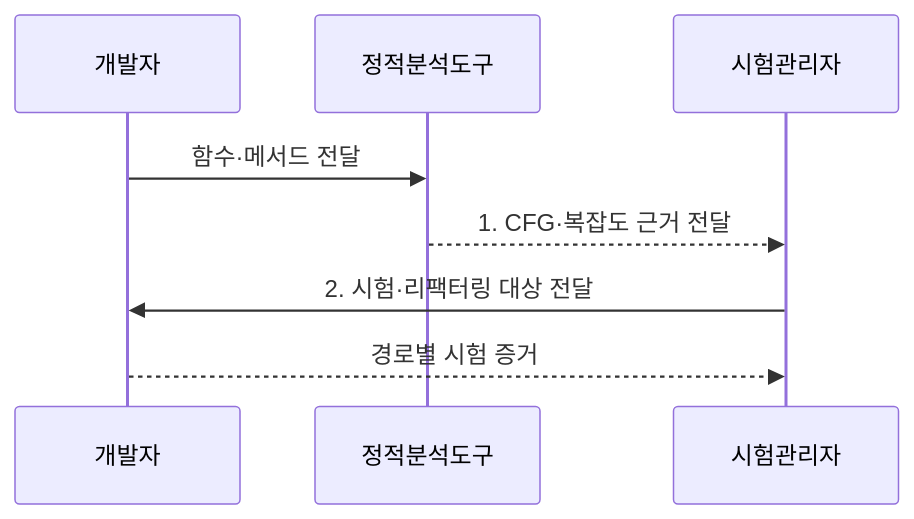
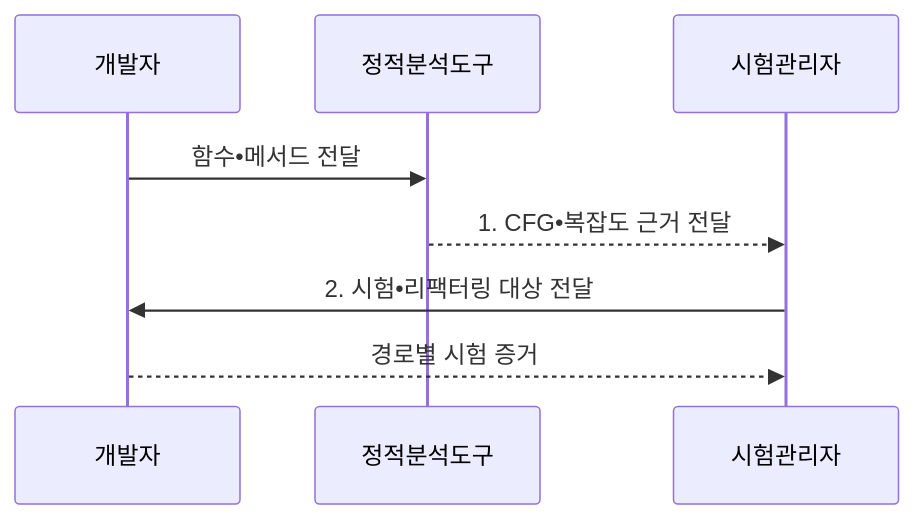
One commit to agnusdei1207/knowledge-base changed the second of 2 diagrams in src/content/docs/notes/06-evaluation/035_cyclomatic_complexity.md. Above: the diagram before and after it, drawn with Mermaid. The commit also changed other lines of this file and 953 other files, not shown here.

````diff
--- a/src/content/docs/notes/06-evaluation/035_cyclomatic_complexity.md
+++ b/src/content/docs/notes/06-evaluation/035_cyclomatic_complexity.md
@@ -104,10 +104,10 @@
 ```mermaid
 sequenceDiagram
     participant D as 개발자
     participant A as 정적분석도구
     participant T as 시험관리자
-    D->>A: 함수·메서드 전달
-    A-->>T: 1. CFG·복잡도 근거 전달
-    T->>D: 2. 시험·리팩터링 대상 전달
+    D->>A: 함수•메서드 전달
+    A-->>T: 1. CFG•복잡도 근거 전달
+    T->>D: 2. 시험•리팩터링 대상 전달
     D-->>T: 경로별 시험 증거
 ```
````
